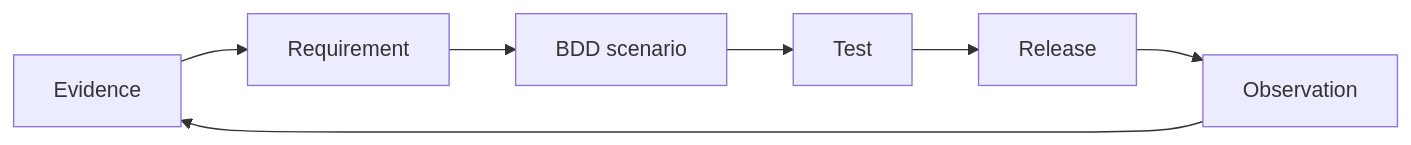
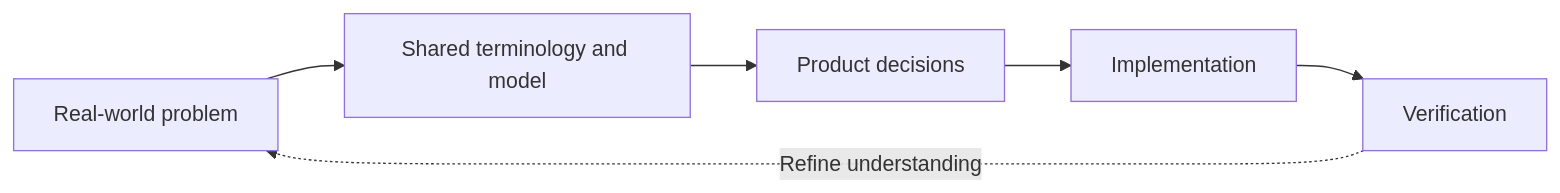
Before and after one commit to DecisionNerd/DocSlime: the first of 2 diagrams in docs/index.md, drawn with Mermaid. The commit also changed other lines of this file and 28 other files, not shown here.

````diff
--- a/docs/index.md
+++ b/docs/index.md
@@ -83,9 +83,8 @@
 ```mermaid
 flowchart LR
-    Evidence["Evidence"] --> Requirement["Requirement"]
-    Requirement --> BDD["BDD scenario"]
-    BDD --> Test["Test"]
-    Test --> Release["Release"]
-    Release --> Observation["Observation"]
-    Observation --> Evidence
+    Problem["Real-world problem"] --> Model["Shared terminology and model"]
+    Model --> Decisions["Product decisions"]
+    Decisions --> Implementation["Implementation"]
+    Implementation --> Verification["Verification"]
+    Verification -. "Refine understanding" .-> Problem
 ```
````
